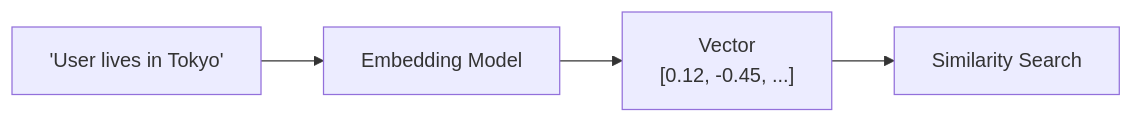
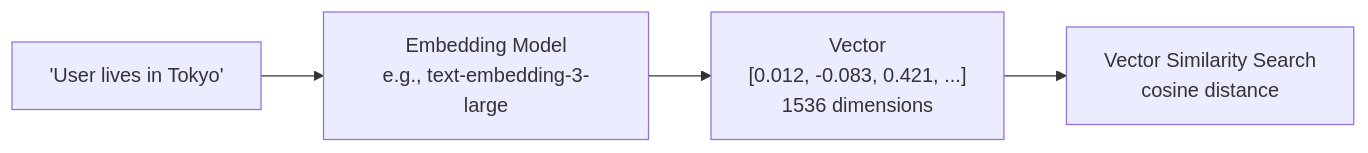
The sixth of 9 diagrams in Lecture 19 - Agent Memory Systems/notes/03_Long_Term_Memory_Taxonomy_and_Fact_Extraction.md (Amie-dev/FDE-and-GenAI-Mastery), drawn with Mermaid before and after one commit. The commit also changed other lines of this file and 9 other files, not shown here.

````diff
--- a/Lecture 19 - Agent Memory Systems/notes/03_Long_Term_Memory_Taxonomy_and_Fact_Extraction.md
+++ b/Lecture 19 - Agent Memory Systems/notes/03_Long_Term_Memory_Taxonomy_and_Fact_Extraction.md
@@ -186,6 +278,6 @@
 ```mermaid
 flowchart LR
-    A["'User lives in Tokyo'"] --> B[Embedding Model]
-    B --> C["Vector<br/>[0.12, -0.45, ...]"]
-    C --> D[Similarity Search]
+    A["'User lives in Tokyo'"] --> B[Embedding Model<br/>e.g., text-embedding-3-large]
+    B --> C["Vector<br/>[0.012, -0.083, 0.421, ...]<br/>1536 dimensions"]
+    C --> D[Vector Similarity Search<br/>cosine distance]
 ```
````
